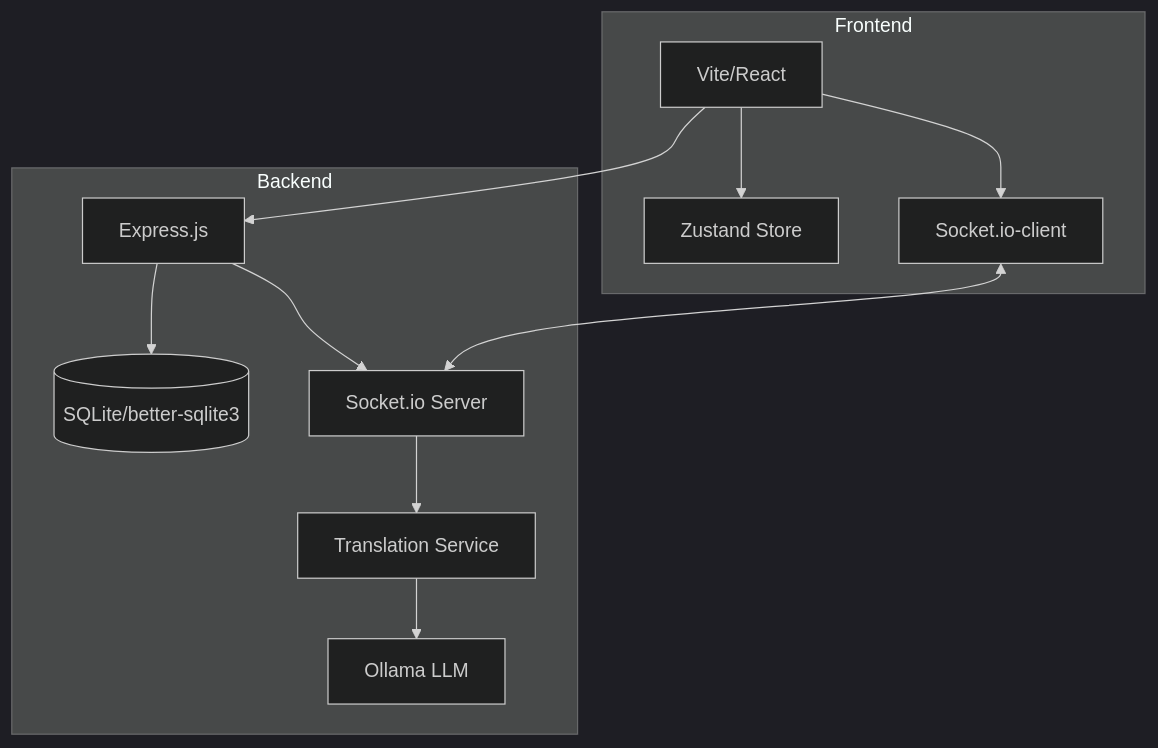
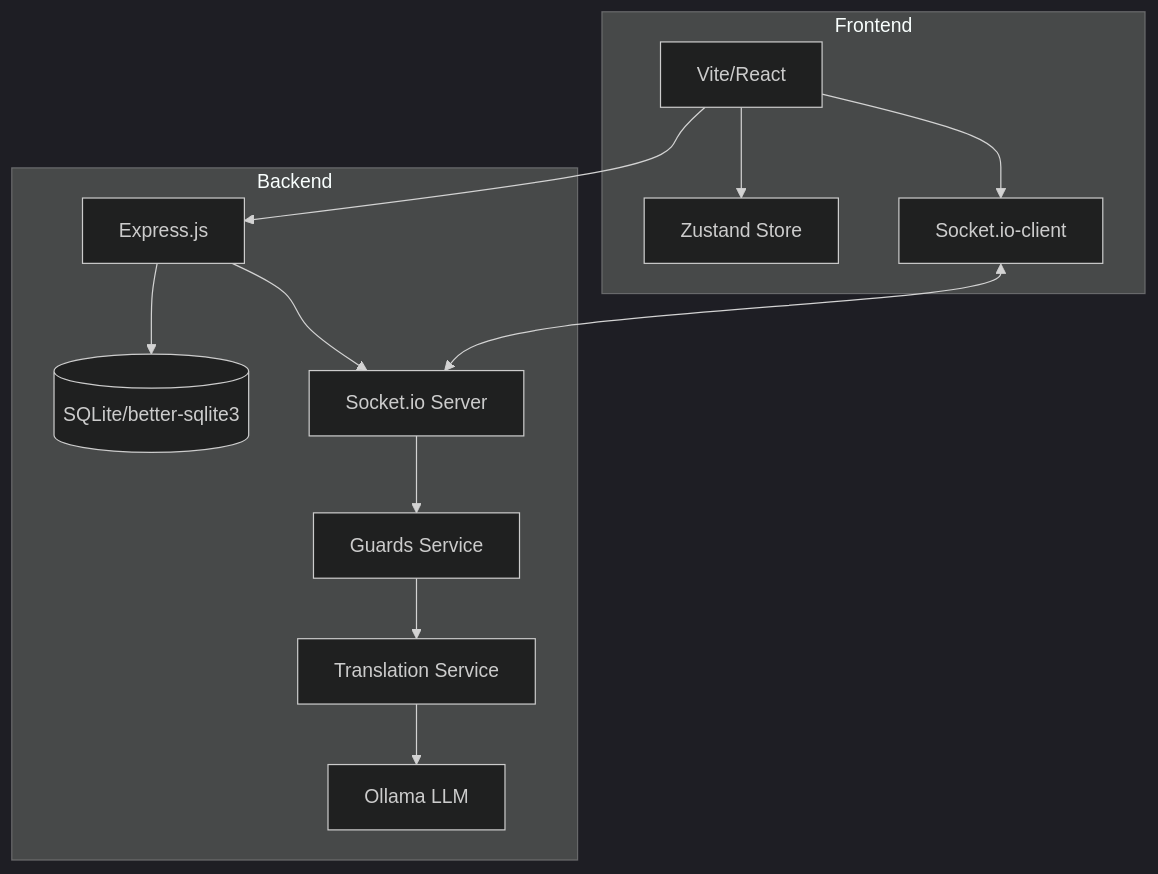
Before and after one commit to Nathanhael/guichet: the first of 2 diagrams in ARCHITECTURE.md, drawn with Mermaid (dark theme). The commit also changed other lines of this file and 19 other files, not shown here.

````diff
--- a/ARCHITECTURE.md
+++ b/ARCHITECTURE.md
@@ -9,17 +9,18 @@
 ```mermaid
 graph TD
     subgraph Frontend
         V[Vite/React] --> S[Zustand Store]
         V --> SC[Socket.io-client]
     end
 
     subgraph Backend
         EX[Express.js] --> DB[(SQLite/better-sqlite3)]
         EX --> SI[Socket.io Server]
-        SI --> TR[Translation Service]
+        SI --> GS[Guards Service]
+        GS --> TR[Translation Service]
         TR --> OL[Ollama LLM]
     end
 
     SC <--> SI
     V --> EX
 ```
````
